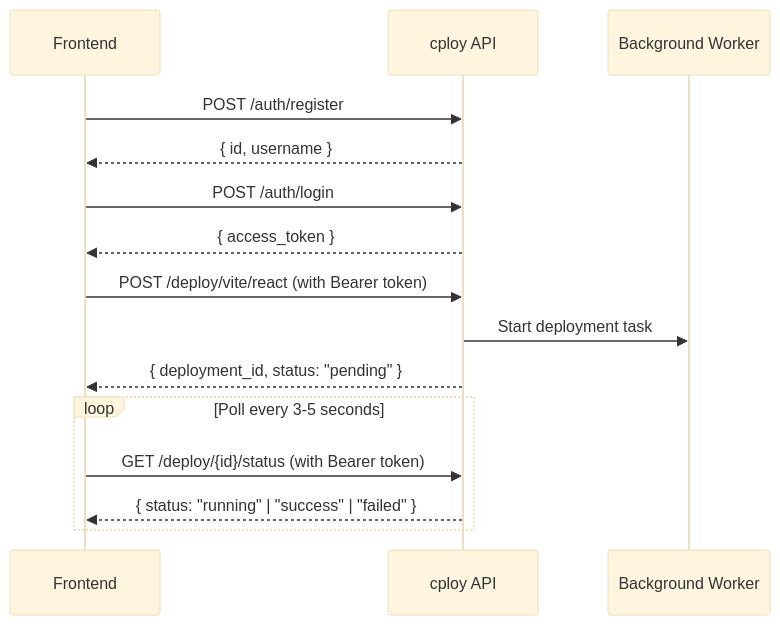
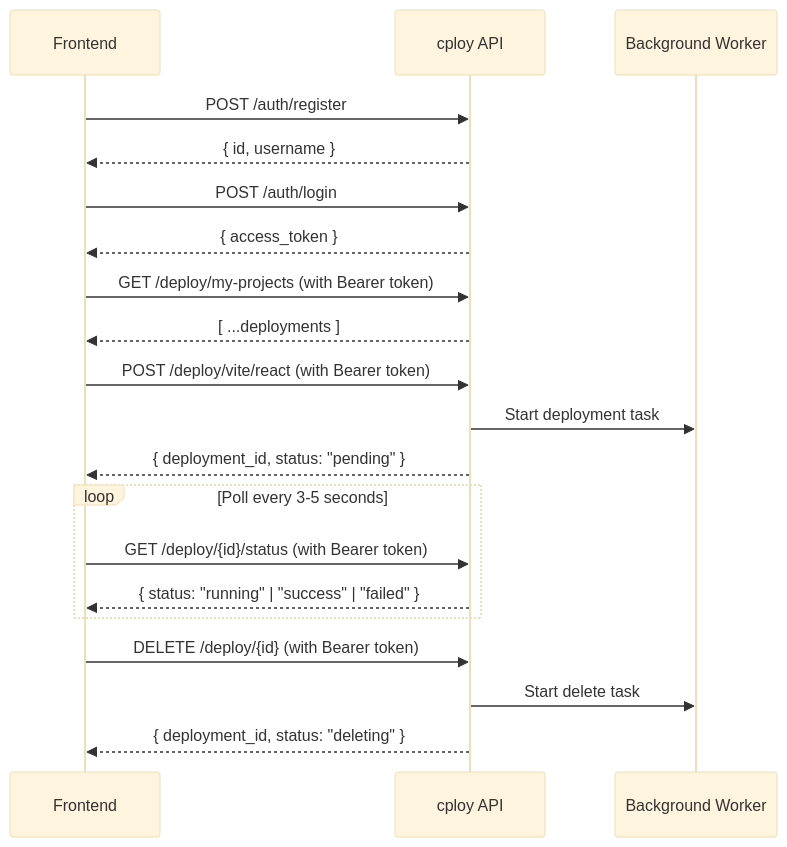
The first of 2 diagrams in api_documentation.md (Dev-Saurabh-K/deployCode), drawn with Mermaid (base theme) before and after one commit. The commit also changed other lines of this file and 1 other file, not shown here.

Commit message:
feat: enhance deployment process with auto-assigned ports and update request schema

````diff
--- a/api_documentation.md
+++ b/api_documentation.md
@@ -38,21 +47,28 @@
 ```mermaid
 sequenceDiagram
     participant FE as Frontend
     participant API as cploy API
     participant BG as Background Worker
 
     FE->>API: POST /auth/register
     API-->>FE: { id, username }
 
     FE->>API: POST /auth/login
     API-->>FE: { access_token }
 
+    FE->>API: GET /deploy/my-projects (with Bearer token)
+    API-->>FE: [ ...deployments ]
+
     FE->>API: POST /deploy/vite/react (with Bearer token)
     API->>BG: Start deployment task
     API-->>FE: { deployment_id, status: "pending" }
 
     loop Poll every 3-5 seconds
         FE->>API: GET /deploy/{id}/status (with Bearer token)
         API-->>FE: { status: "running" | "success" | "failed" }
     end
+
+    FE->>API: DELETE /deploy/{id} (with Bearer token)
+    API->>BG: Start delete task
+    API-->>FE: { deployment_id, status: "deleting" }
 ```
````
